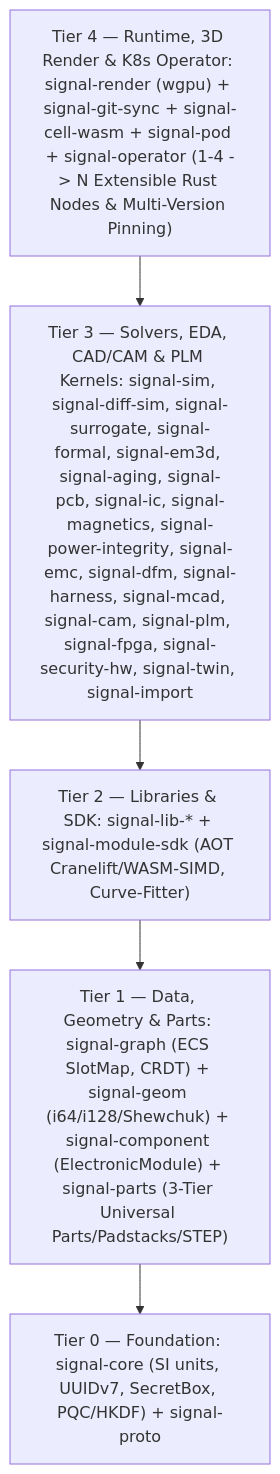
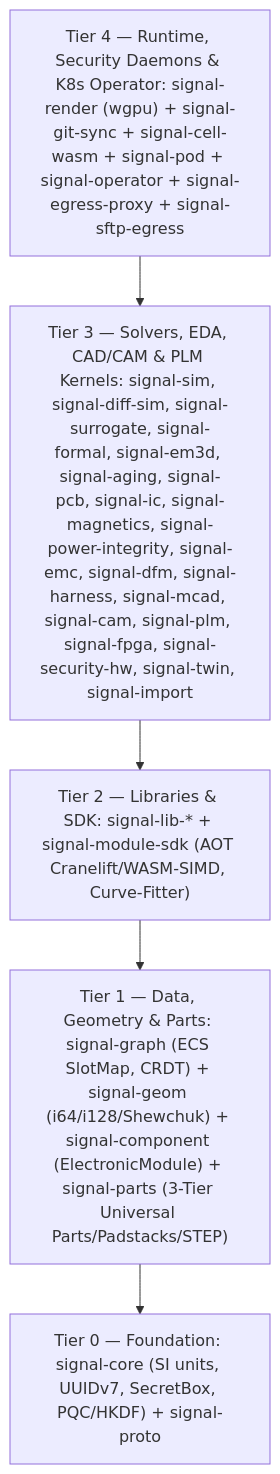
Before and after one commit to the-code-master/signal: the diagram in docs/engineering/RUST_ENGINEERING_GUIDE.md, drawn with Mermaid. The commit also changed other lines of this file and 52 other files, not shown here.

````diff
--- a/docs/engineering/RUST_ENGINEERING_GUIDE.md
+++ b/docs/engineering/RUST_ENGINEERING_GUIDE.md
@@ -15,10 +15,10 @@
 ```mermaid
 flowchart TB
     L0["Tier 0 — Foundation: signal-core (SI units, UUIDv7, SecretBox, PQC/HKDF) + signal-proto"]
     L1["Tier 1 — Data, Geometry & Parts: signal-graph (ECS SlotMap, CRDT) + signal-geom (i64/i128/Shewchuk) + signal-component (ElectronicModule) + signal-parts (3-Tier Universal Parts/Padstacks/STEP)"]
     L2["Tier 2 — Libraries & SDK: signal-lib-* + signal-module-sdk (AOT Cranelift/WASM-SIMD, Curve-Fitter)"]
     L3["Tier 3 — Solvers, EDA, CAD/CAM & PLM Kernels: signal-sim, signal-diff-sim, signal-surrogate, signal-formal, signal-em3d, signal-aging, signal-pcb, signal-ic, signal-magnetics, signal-power-integrity, signal-emc, signal-dfm, signal-harness, signal-mcad, signal-cam, signal-plm, signal-fpga, signal-security-hw, signal-twin, signal-import"]
-    L4["Tier 4 — Runtime, 3D Render & K8s Operator: signal-render (wgpu) + signal-git-sync + signal-cell-wasm + signal-pod + signal-operator (1-4 -> N Extensible Rust Nodes & Multi-Version Pinning)"]
+    L4["Tier 4 — Runtime, Security Daemons & K8s Operator: signal-render (wgpu) + signal-git-sync + signal-cell-wasm + signal-pod + signal-operator + signal-egress-proxy + signal-sftp-egress"]
 
     L4 --> L3 --> L2 --> L1 --> L0
 ```
````
